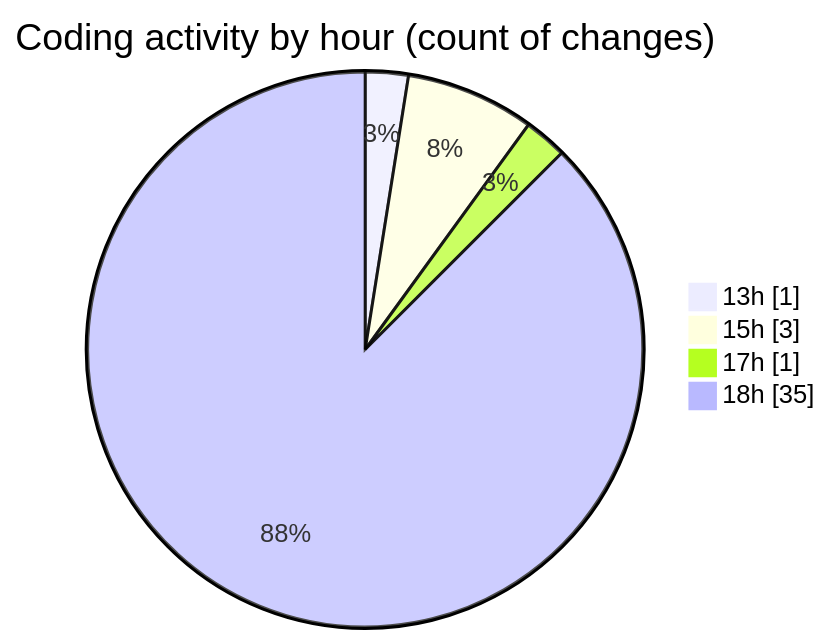
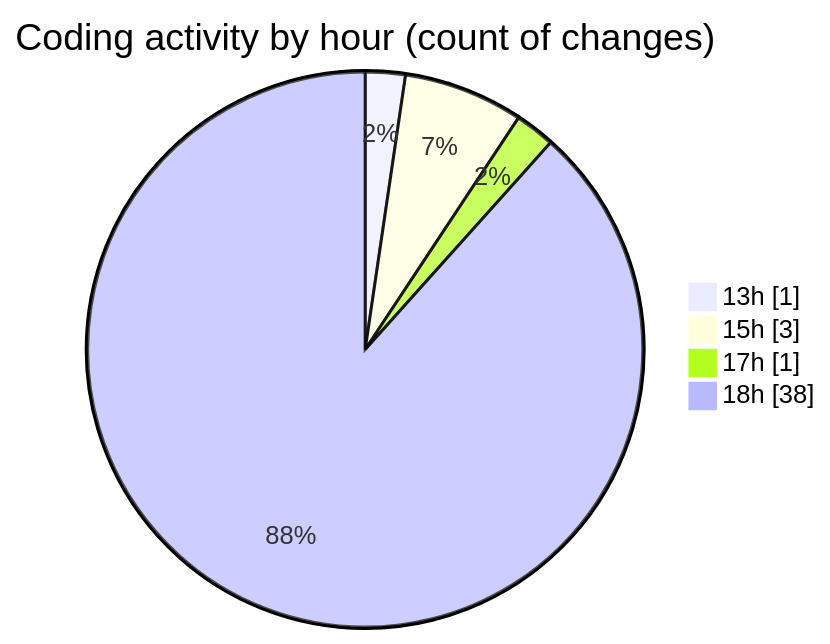
The second of 2 diagrams in 2025-04-09/nxtqube_webapp/README.md (nxtqubesakshisongat/code-tracking), drawn with Mermaid before and after one commit. The commit also changed other lines of this file and 1 other file, not shown here.

````diff
--- a/2025-04-09/nxtqube_webapp/README.md
+++ b/2025-04-09/nxtqube_webapp/README.md
@@ -34,8 +34,8 @@
 ```mermaid
 pie showData
 title Coding activity by hour (count of changes)
 "13h" : 1
 "15h" : 3
 "17h" : 1
-"18h" : 35
+"18h" : 38
 ```
````
